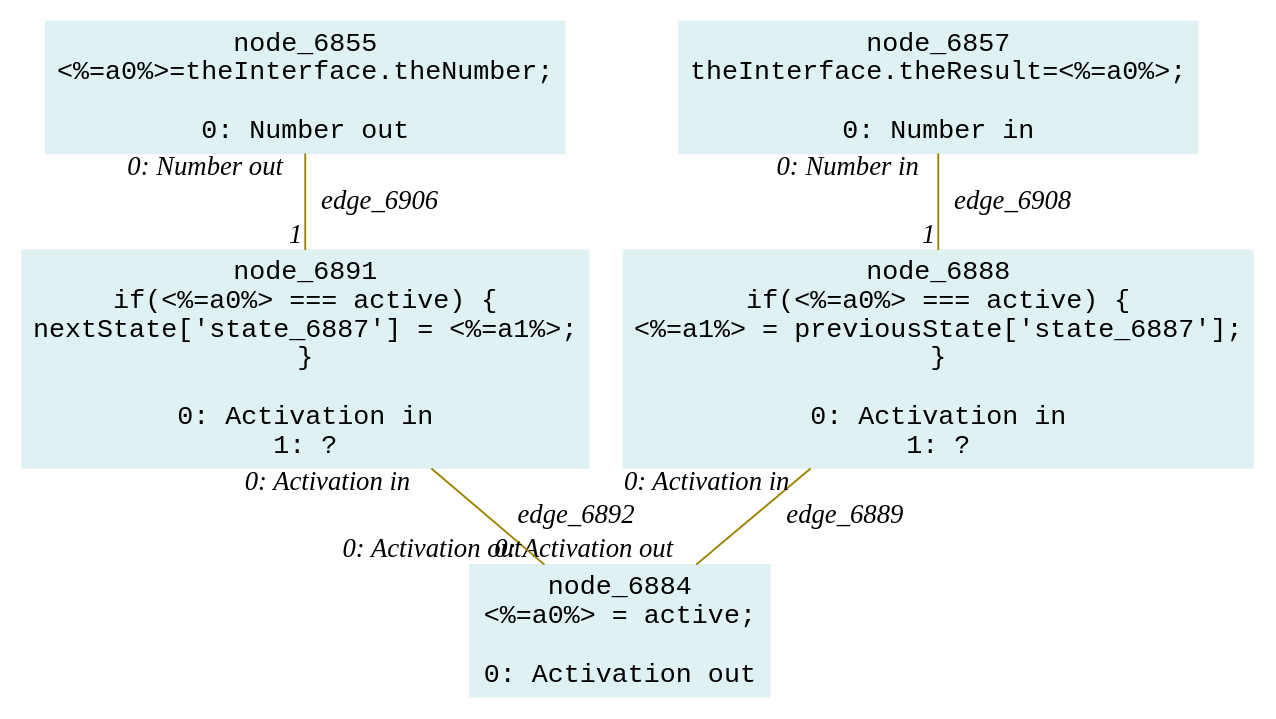
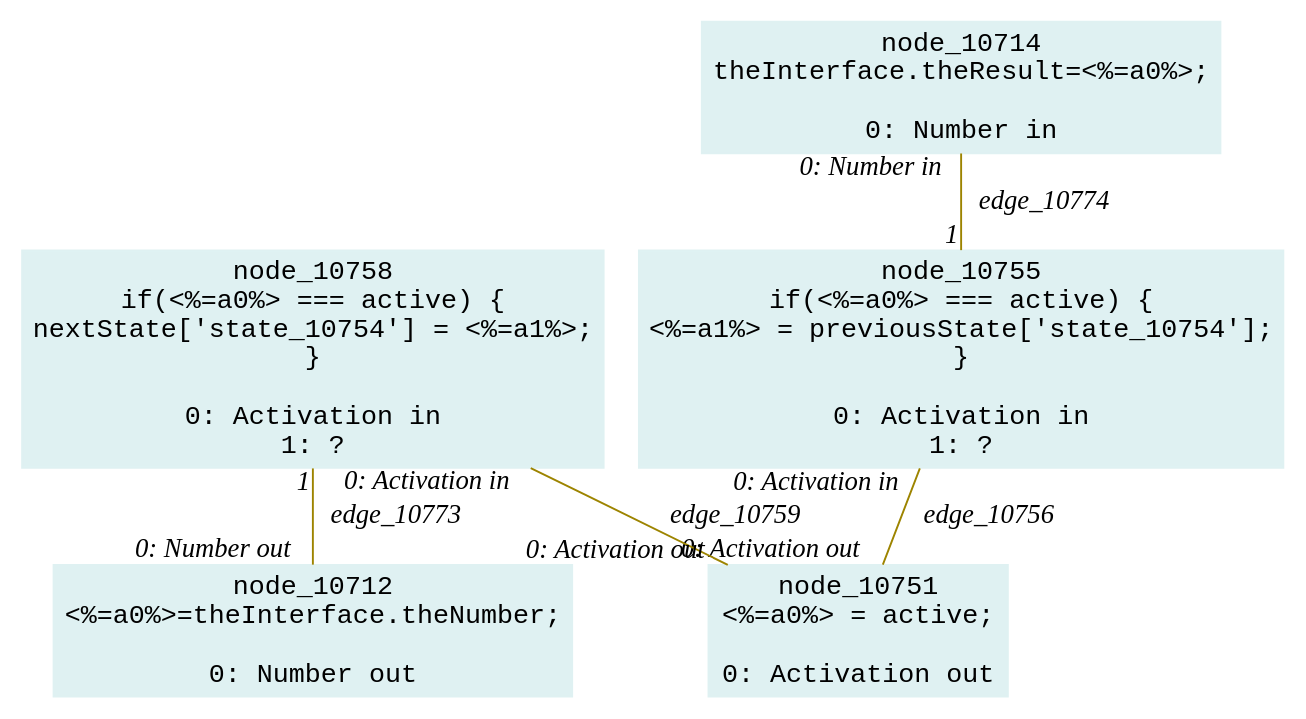
One commit to crubier/lidl changed the diagram in lidl-core/example/ok/simplePreviousNext/dot/33linkIdentifiers1.dot. Above: the diagram before and after it, drawn with Graphviz. The commit also changed 1586 other files, not shown here.

```diff
--- a/lidl-core/example/ok/simplePreviousNext/dot/33linkIdentifiers1.dot
+++ b/lidl-core/example/ok/simplePreviousNext/dot/33linkIdentifiers1.dot
@@ -1,31 +1,31 @@
-digraph g{node_6855 [shape="box", style="filled", color="#dff1f2", fontname="Courier", label="node_6855
+digraph g{node_10712 [shape="box", style="filled", color="#dff1f2", fontname="Courier", label="node_10712
 <%=a0%>=theInterface.theNumber;
 
 0: Number out" ]
-node_6857 [shape="box", style="filled", color="#dff1f2", fontname="Courier", label="node_6857
+node_10714 [shape="box", style="filled", color="#dff1f2", fontname="Courier", label="node_10714
 theInterface.theResult=<%=a0%>;
 
 0: Number in" ]
-node_6884 [shape="box", style="filled", color="#dff1f2", fontname="Courier", label="node_6884
+node_10751 [shape="box", style="filled", color="#dff1f2", fontname="Courier", label="node_10751
 <%=a0%> = active;
 
 0: Activation out" ]
-node_6888 [shape="box", style="filled", color="#dff1f2", fontname="Courier", label="node_6888
+node_10755 [shape="box", style="filled", color="#dff1f2", fontname="Courier", label="node_10755
 if(<%=a0%> === active) {
-<%=a1%> = previousState['state_6887'];
+<%=a1%> = previousState['state_10754'];
 }
 
 0: Activation in
 1: ?" ]
-node_6891 [shape="box", style="filled", color="#dff1f2", fontname="Courier", label="node_6891
+node_10758 [shape="box", style="filled", color="#dff1f2", fontname="Courier", label="node_10758
 if(<%=a0%> === active) {
-nextState['state_6887'] = <%=a1%>;
+nextState['state_10754'] = <%=a1%>;
 }
 
 0: Activation in
 1: ?" ]
-node_6888 -> node_6884 [dir=none, arrowHead=none, fontname="Times-Italic", arrowsize=1, color="#9d8400", label="edge_6889",  headlabel="0: Activation out", taillabel="0: Activation in" ]
-node_6891 -> node_6884 [dir=none, arrowHead=none, fontname="Times-Italic", arrowsize=1, color="#9d8400", label="edge_6892",  headlabel="0: Activation out", taillabel="0: Activation in" ]
-node_6855 -> node_6891 [dir=none, arrowHead=none, fontname="Times-Italic", arrowsize=1, color="#9d8400", label="edge_6906",  headlabel="1", taillabel="0: Number out" ]
-node_6857 -> node_6888 [dir=none, arrowHead=none, fontname="Times-Italic", arrowsize=1, color="#9d8400", label="edge_6908",  headlabel="1", taillabel="0: Number in" ]
+node_10755 -> node_10751 [dir=none, arrowHead=none, fontname="Times-Italic", arrowsize=1, color="#9d8400", label="edge_10756",  headlabel="0: Activation out", taillabel="0: Activation in" ]
+node_10758 -> node_10751 [dir=none, arrowHead=none, fontname="Times-Italic", arrowsize=1, color="#9d8400", label="edge_10759",  headlabel="0: Activation out", taillabel="0: Activation in" ]
+node_10758 -> node_10712 [dir=none, arrowHead=none, fontname="Times-Italic", arrowsize=1, color="#9d8400", label="edge_10773",  headlabel="0: Number out", taillabel="1" ]
+node_10714 -> node_10755 [dir=none, arrowHead=none, fontname="Times-Italic", arrowsize=1, color="#9d8400", label="edge_10774",  headlabel="1", taillabel="0: Number in" ]
 }
```
